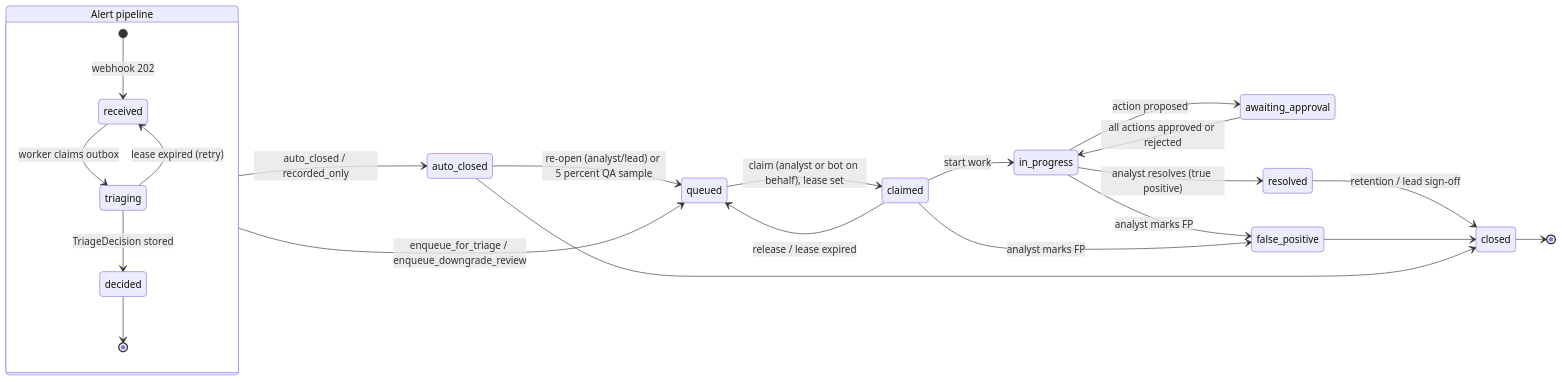
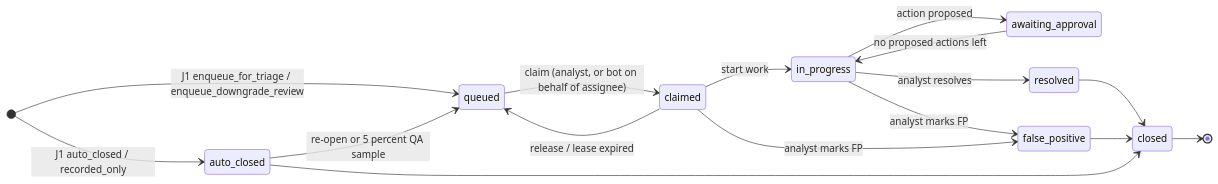
One commit to vihag/agentic-triage changed the first of 2 diagrams in docs/uml/state-machine.md. Above: the diagram before and after it, drawn with Mermaid. The commit also changed other lines of this file and 11 other files, not shown here.

Commit message:
docs(uml): separate J1 (alert ingestion) and J2 (analyst-assisted) journeys and sequences; tidy state machines and ER

````diff
--- a/docs/uml/state-machine.md
+++ b/docs/uml/state-machine.md
@@ -6,26 +7,20 @@
 ```mermaid
+%% name: uml-state-machine-case
 stateDiagram-v2
   direction LR
-  state "Alert pipeline" as AP {
-    [*] --> received: webhook 202
-    received --> triaging: worker claims outbox
-    triaging --> decided: TriageDecision stored
-    triaging --> received: lease expired (retry)
-    decided --> [*]
-  }
-  AP --> queued: enqueue_for_triage / enqueue_downgrade_review
-  AP --> auto_closed: auto_closed / recorded_only
-  queued --> claimed: claim (analyst or bot on behalf), lease set
+  [*] --> queued: J1 enqueue_for_triage / enqueue_downgrade_review
+  [*] --> auto_closed: J1 auto_closed / recorded_only
+  queued --> claimed: claim (analyst, or bot on behalf of assignee)
   claimed --> queued: release / lease expired
   claimed --> in_progress: start work
   in_progress --> awaiting_approval: action proposed
-  awaiting_approval --> in_progress: all actions approved or rejected
-  in_progress --> resolved: analyst resolves (true positive)
+  awaiting_approval --> in_progress: no proposed actions left
+  in_progress --> resolved: analyst resolves
   in_progress --> false_positive: analyst marks FP
   claimed --> false_positive: analyst marks FP
-  resolved --> closed: retention / lead sign-off
+  resolved --> closed
   false_positive --> closed
-  auto_closed --> queued: re-open (analyst/lead) or 5 percent QA sample
+  auto_closed --> queued: re-open or 5 percent QA sample
   auto_closed --> closed
   closed --> [*]
 ```
````
